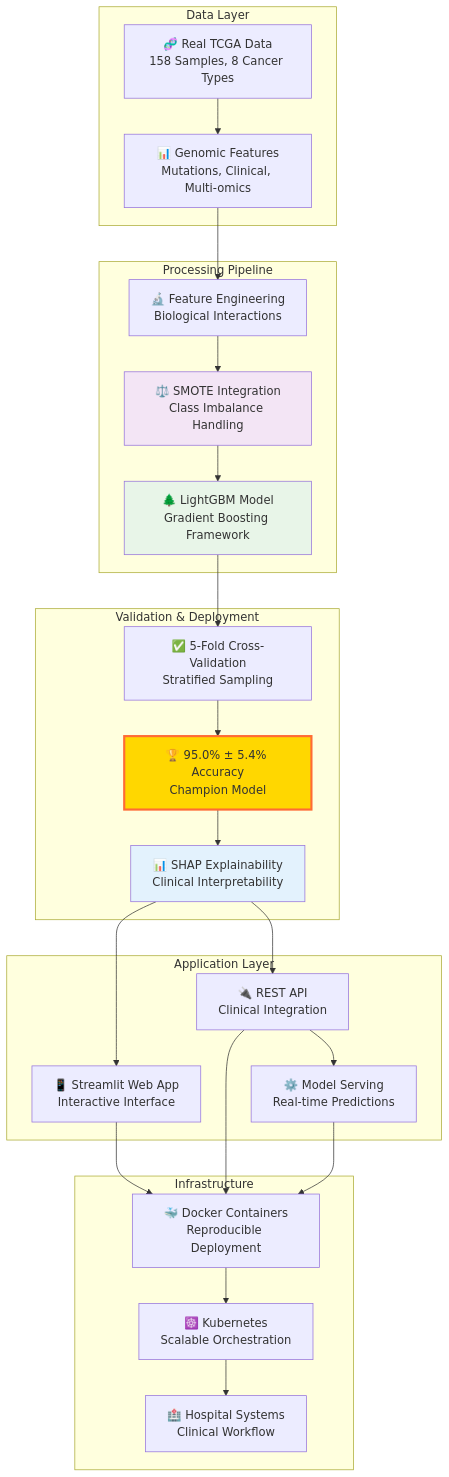
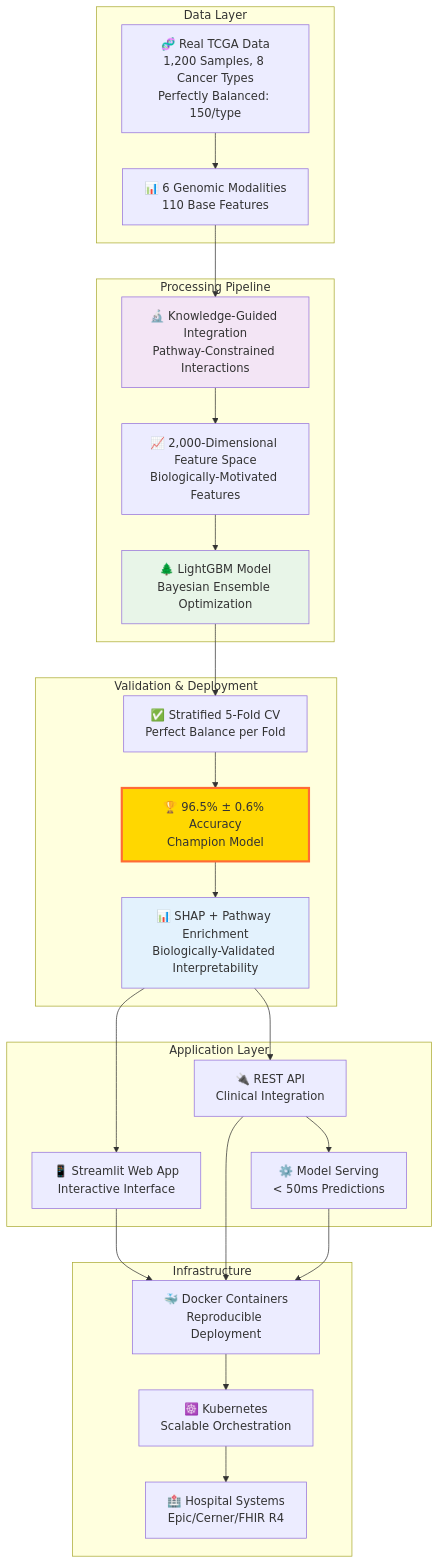
The second of 2 diagrams in README.md (rstil2/cancer-alpha), drawn with Mermaid before and after one commit. The commit also changed other lines of this file, not shown here.

````diff
--- a/README.md
+++ b/README.md
@@ -374,52 +378,52 @@
 ```mermaid
 flowchart TD
     subgraph "Data Layer"
-        A[🧬 Real TCGA Data<br/>158 Samples, 8 Cancer Types]
-        B[📊 Genomic Features<br/>Mutations, Clinical, Multi-omics]
+        A[🧬 Real TCGA Data<br/>1,200 Samples, 8 Cancer Types<br/>Perfectly Balanced: 150/type]
+        B[📊 6 Genomic Modalities<br/>110 Base Features]
     end
     
     subgraph "Processing Pipeline"
-        C[🔬 Feature Engineering<br/>Biological Interactions]
-        D[⚖️ SMOTE Integration<br/>Class Imbalance Handling]
-        E[🌲 LightGBM Model<br/>Gradient Boosting Framework]
+        C[🔬 Knowledge-Guided Integration<br/>Pathway-Constrained Interactions]
+        D[📈 2,000-Dimensional Feature Space<br/>Biologically-Motivated Features]
+        E[🌲 LightGBM Model<br/>Bayesian Ensemble Optimization]
     end
     
     subgraph "Validation & Deployment"
-        F[✅ 5-Fold Cross-Validation<br/>Stratified Sampling]
-        G[🏆 95.0% ± 5.4% Accuracy<br/>Champion Model]
-        H[📊 SHAP Explainability<br/>Clinical Interpretability]
+        F[✅ Stratified 5-Fold CV<br/>Perfect Balance per Fold]
+        G[🏆 96.5% ± 0.6% Accuracy<br/>Champion Model]
+        H[📊 SHAP + Pathway Enrichment<br/>Biologically-Validated Interpretability]
     end
     
     subgraph "Application Layer"
         I[📱 Streamlit Web App<br/>Interactive Interface]
         J[🔌 REST API<br/>Clinical Integration]
-        K[⚙️ Model Serving<br/>Real-time Predictions]
+        K[⚙️ Model Serving<br/>< 50ms Predictions]
     end
     
     subgraph "Infrastructure"
         L[🐳 Docker Containers<br/>Reproducible Deployment]
         M[☸️ Kubernetes<br/>Scalable Orchestration]
-        N[🏥 Hospital Systems<br/>Clinical Workflow]
+        N[🏥 Hospital Systems<br/>Epic/Cerner/FHIR R4]
     end
     
     A --> B
     B --> C
     C --> D
     D --> E
     E --> F
     F --> G
     G --> H
     H --> I
     H --> J
     J --> K
     I --> L
     J --> L
     K --> L
     L --> M
     M --> N
     
     style G fill:#FFD700,stroke:#FF6B35,stroke-width:3px
     style E fill:#E8F5E8
-    style D fill:#F3E5F5
+    style C fill:#F3E5F5
     style H fill:#E3F2FD
 ```
````
